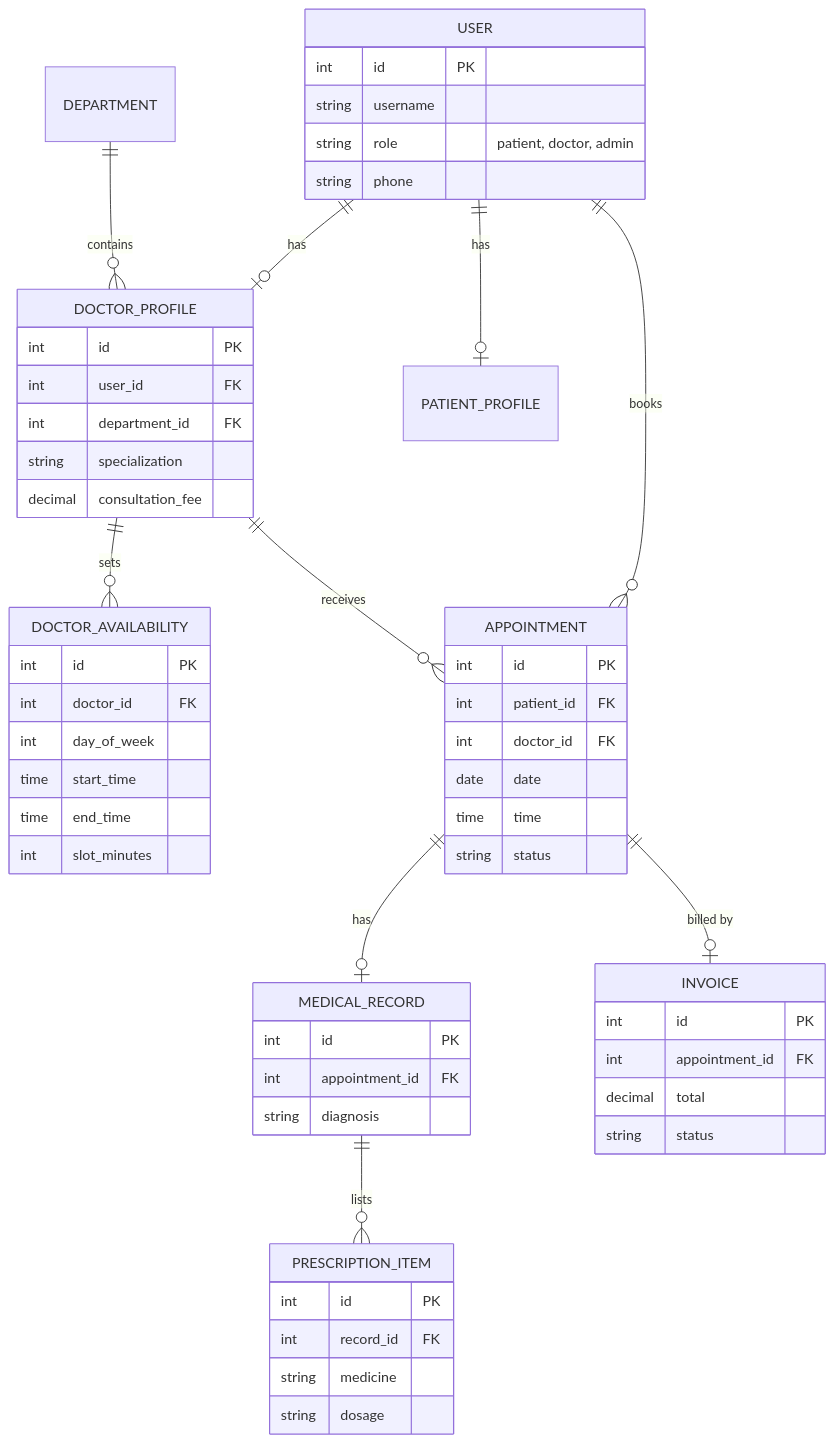
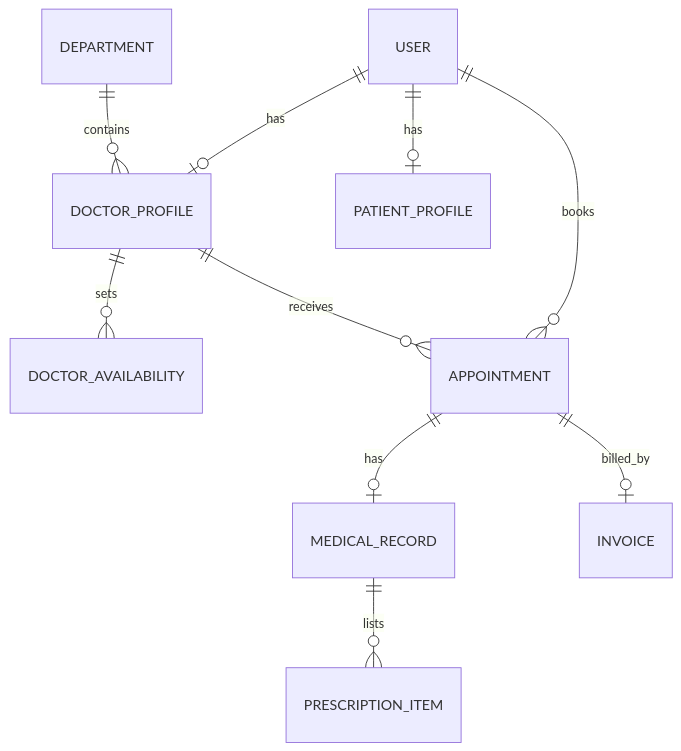
One commit to tejaswini-n-cse/hospital-management-system changed the second of 3 diagrams in README.md. Above: the diagram before and after it, drawn with Mermaid. The commit also changed other lines of this file and 5 other files, not shown here.

Commit message:
Update README with screenshots, tech stack and diagrams

````diff
--- a/README.md
+++ b/README.md
@@ -48,59 +224,12 @@
 ```mermaid
 erDiagram
-    USER ||--o| DOCTOR_PROFILE : "has"
-    USER ||--o| PATIENT_PROFILE : "has"
-    DEPARTMENT ||--o{ DOCTOR_PROFILE : "contains"
-    DOCTOR_PROFILE ||--o{ DOCTOR_AVAILABILITY : "sets"
-    USER ||--o{ APPOINTMENT : "books"
-    DOCTOR_PROFILE ||--o{ APPOINTMENT : "receives"
-    APPOINTMENT ||--o| MEDICAL_RECORD : "has"
-    MEDICAL_RECORD ||--o{ PRESCRIPTION_ITEM : "lists"
-    APPOINTMENT ||--o| INVOICE : "billed by"
-
-    USER {
-        int id PK
-        string username
-        string role "patient, doctor, admin"
-        string phone
-    }
-    DOCTOR_PROFILE {
-        int id PK
-        int user_id FK
-        int department_id FK
-        string specialization
-        decimal consultation_fee
-    }
-    DOCTOR_AVAILABILITY {
-        int id PK
-        int doctor_id FK
-        int day_of_week
-        time start_time
-        time end_time
-        int slot_minutes
-    }
-    APPOINTMENT {
-        int id PK
-        int patient_id FK
-        int doctor_id FK
-        date date
-        time time
-        string status
-    }
-    MEDICAL_RECORD {
-        int id PK
-        int appointment_id FK
-        string diagnosis
-    }
-    PRESCRIPTION_ITEM {
-        int id PK
-        int record_id FK
-        string medicine
-        string dosage
-    }
-    INVOICE {
-        int id PK
-        int appointment_id FK
-        decimal total
-        string status
-    }
+    USER ||--o| DOCTOR_PROFILE : has
+    USER ||--o| PATIENT_PROFILE : has
+    DEPARTMENT ||--o{ DOCTOR_PROFILE : contains
+    DOCTOR_PROFILE ||--o{ DOCTOR_AVAILABILITY : sets
+    USER ||--o{ APPOINTMENT : books
+    DOCTOR_PROFILE ||--o{ APPOINTMENT : receives
+    APPOINTMENT ||--o| MEDICAL_RECORD : has
+    MEDICAL_RECORD ||--o{ PRESCRIPTION_ITEM : lists
+    APPOINTMENT ||--o| INVOICE : billed_by
 ```
````
